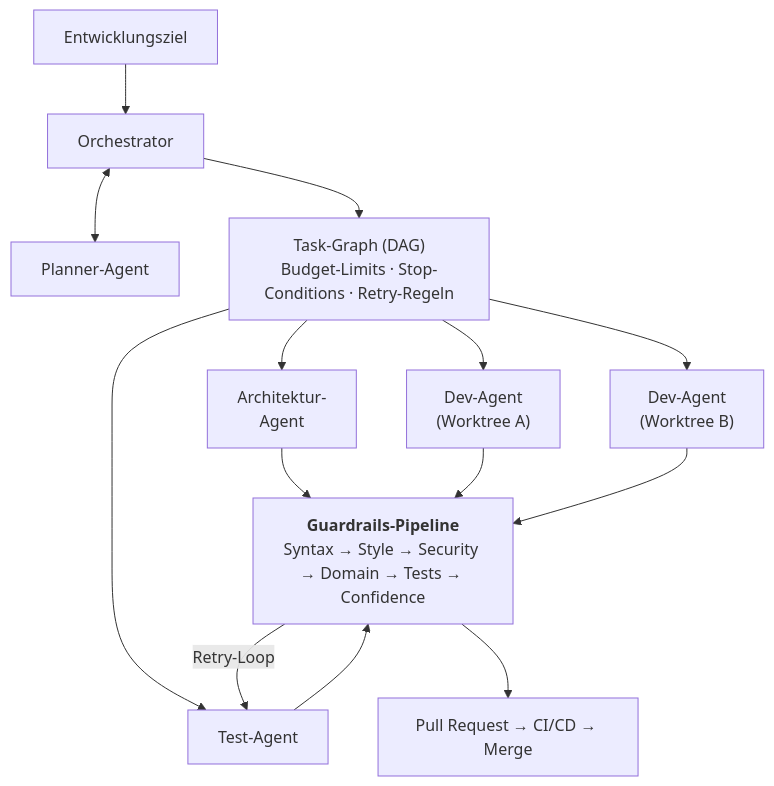
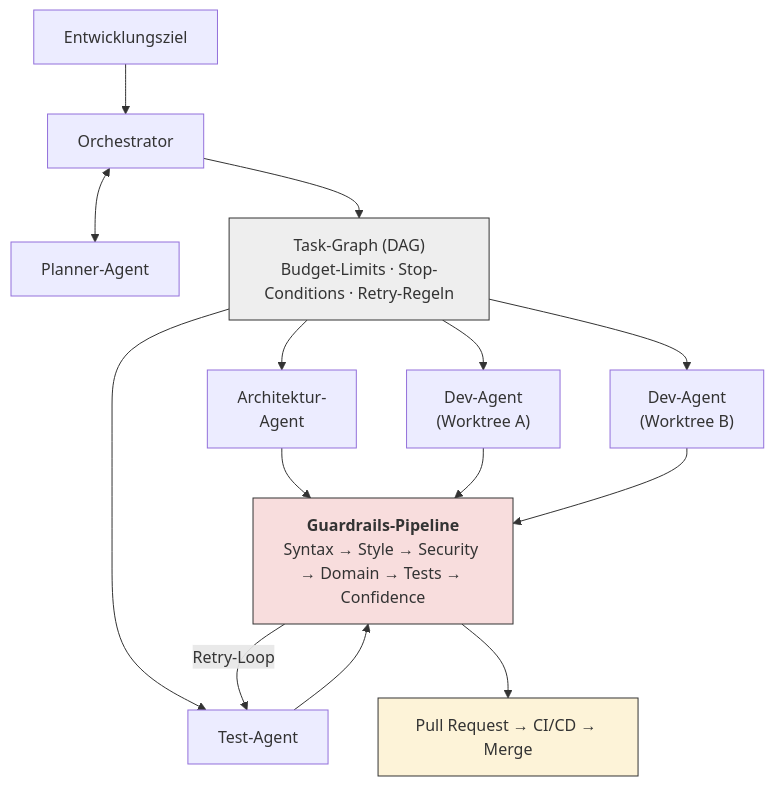
Before and after one commit to mjanda0815/agentic-publikation: the diagram in abbildungen/abb06.mmd, drawn with Mermaid. The commit also changed 62 other files, not shown here.

```diff
--- a/abbildungen/abb06.mmd
+++ b/abbildungen/abb06.mmd
@@ -1,24 +1,30 @@
 flowchart TB
     ZIEL["Entwicklungsziel"]
     ORCH["Orchestrator"]
     PLAN["Planner-Agent"]
     TG["Task-Graph (DAG)<br/>Budget-Limits · Stop-Conditions · Retry-Regeln"]
     A["Architektur-<br/>Agent"]
     D1["Dev-Agent<br/>(Worktree A)"]
     D2["Dev-Agent<br/>(Worktree B)"]
     T["Test-Agent"]
     GP["<b>Guardrails-Pipeline</b><br/>Syntax → Style → Security → Domain → Tests → Confidence"]
     PR["Pull Request → CI/CD → Merge"]
     ZIEL --> ORCH
     ORCH <--> PLAN
     ORCH --> TG
     TG --> A
     TG --> D1
     TG --> D2
     TG --> T
     A --> GP
     D1 --> GP
     D2 --> GP
     T --> GP
     GP -- "Retry-Loop" --> T
     GP --> PR
+    classDef gate fill:#f8dddd,stroke:#333333
+    classDef infra fill:#eeeeee,stroke:#333333
+    classDef deliv fill:#fdf3d8,stroke:#333333
+    class GP gate
+    class TG infra
+    class PR deliv
```
